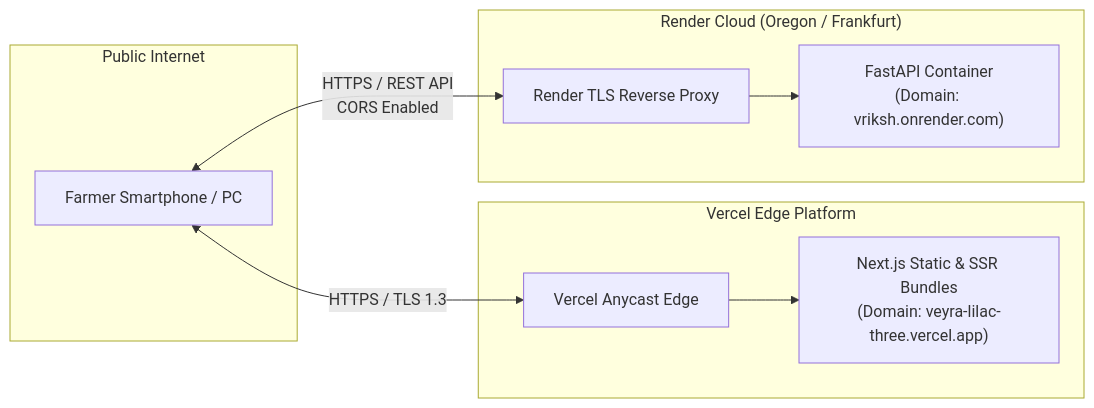
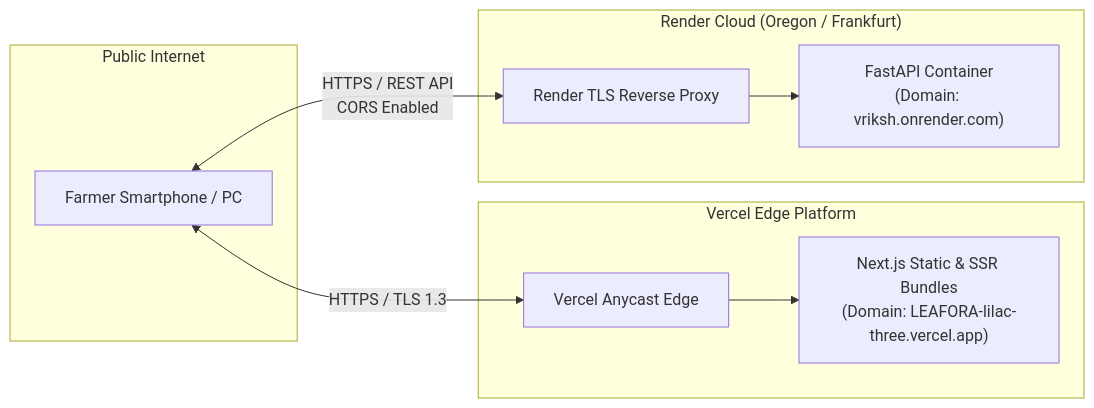
The fourth of 4 diagrams in docs/ARCHITECTURE.md (Aayush1803/Leafora), drawn with Mermaid before and after one commit. The commit also changed other lines of this file and 119 other files, not shown here.

````diff
--- a/docs/ARCHITECTURE.md
+++ b/docs/ARCHITECTURE.md
@@ -216,21 +216,21 @@
 ```mermaid
 flowchart LR
     subgraph Internet ["Public Internet"]
         UserDevice["Farmer Smartphone / PC"]
     end
 
     subgraph VercelEdge ["Vercel Edge Platform"]
         VercelCDN["Vercel Anycast Edge"]
-        VercelFrontend["Next.js Static & SSR Bundles<br/>(Domain: veyra-lilac-three.vercel.app)"]
+        VercelFrontend["Next.js Static & SSR Bundles<br/>(Domain: LEAFORA-lilac-three.vercel.app)"]
     end
 
     subgraph RenderPlatform ["Render Cloud (Oregon / Frankfurt)"]
         RenderLB["Render TLS Reverse Proxy"]
         DockerHost["FastAPI Container<br/>(Domain: vriksh.onrender.com)"]
     end
 
     UserDevice <--> |HTTPS / TLS 1.3| VercelCDN
     VercelCDN --> VercelFrontend
     UserDevice <--> |HTTPS / REST API<br/>CORS Enabled| RenderLB
     RenderLB --> DockerHost
 ```
````
